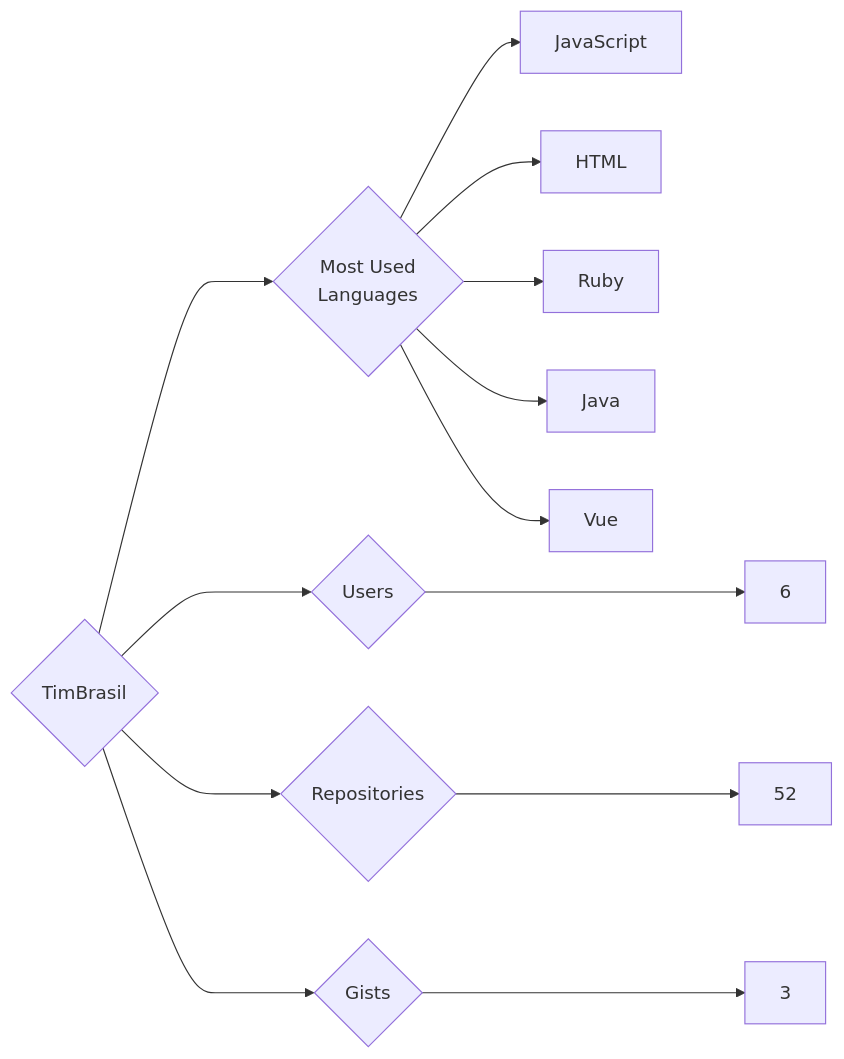
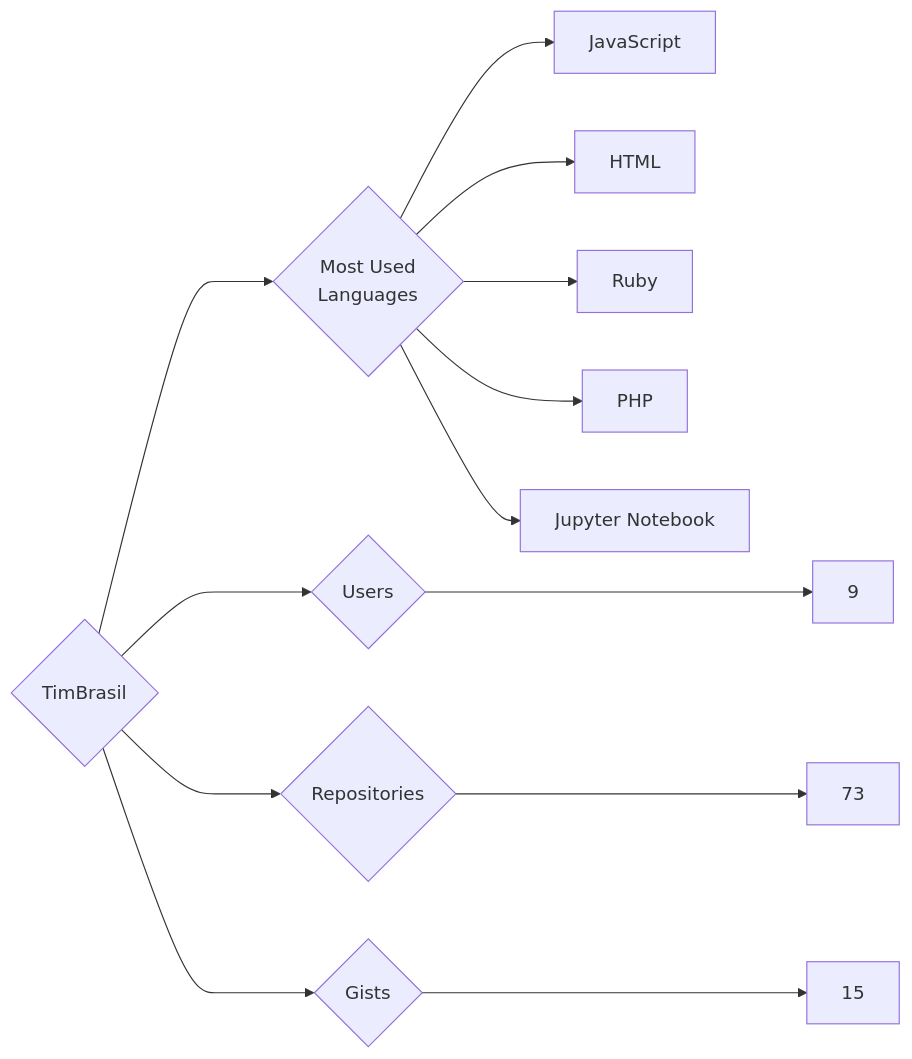
One commit to trickest/insiders changed the diagram in targets/TimBrasil/README.md. Above: the diagram before and after it, drawn with Mermaid. The commit also changed 1496 other files, not shown here.

````diff
--- a/targets/TimBrasil/README.md
+++ b/targets/TimBrasil/README.md
@@ -3,13 +3,13 @@
 ```mermaid
 graph LR
 COMPANY_NAME{TimBrasil}
-COMPANY_NAME ---> U{Users} ---> UN[6]
-COMPANY_NAME ---> R{Repositories} ---> RN[52]
-COMPANY_NAME ---> G{Gists} ---> GN[3]
+COMPANY_NAME ---> U{Users} ---> UN[9]
+COMPANY_NAME ---> R{Repositories} ---> RN[73]
+COMPANY_NAME ---> G{Gists} ---> GN[15]
 COMPANY_NAME ---> ML{Most Used<br>Languages}
 ML --> JavaScript[JavaScript]
 ML --> HTML[HTML]
 ML --> Ruby[Ruby]
-ML --> Java[Java]
-ML --> Vue[Vue]
+ML --> PHP[PHP]
+ML --> Jupyter_Notebook[Jupyter Notebook]
 ```
````
